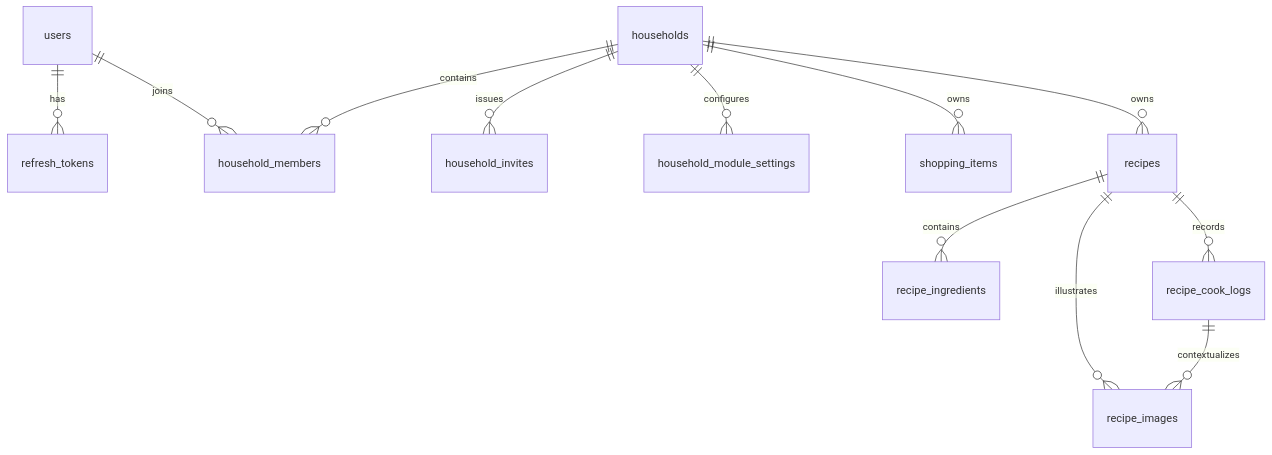
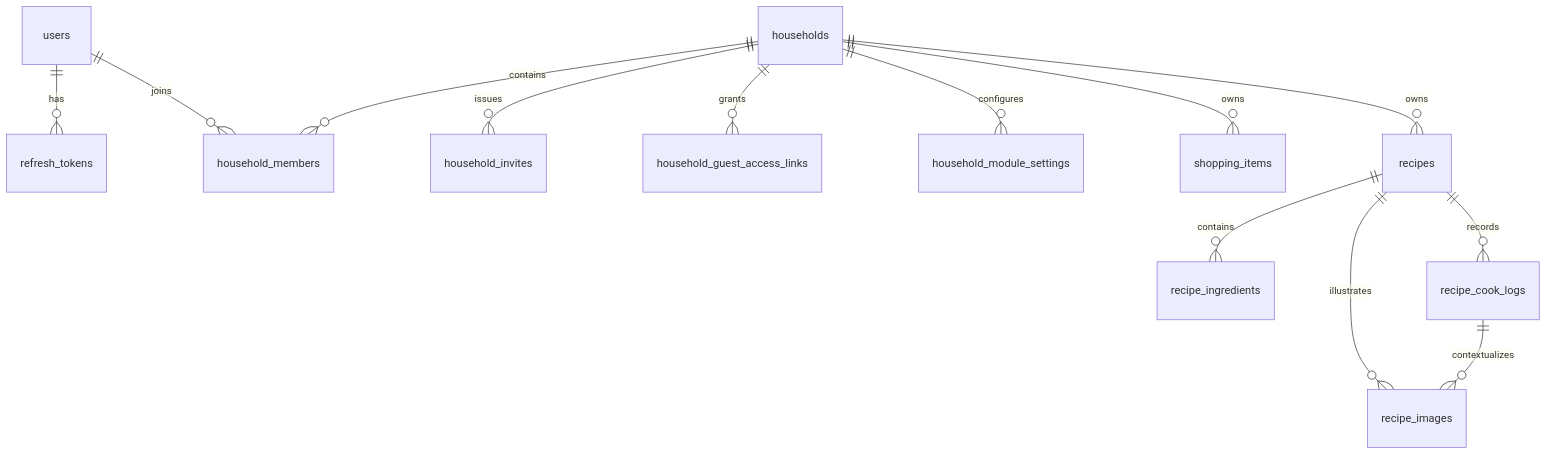
One commit to arturchichorro/home-hub changed the diagram in docs/data-model.md. Above: the diagram before and after it, drawn with Mermaid. The commit also changed other lines of this file and 19 other files, not shown here.

Commit message:
feat(guest-access): add owner QR management and hostname configuration

````diff
--- a/docs/data-model.md
+++ b/docs/data-model.md
@@ -21,14 +21,15 @@
 ```mermaid
 erDiagram
   users ||--o{ refresh_tokens : has
   users ||--o{ household_members : joins
   households ||--o{ household_members : contains
   households ||--o{ household_invites : issues
+  households ||--o{ household_guest_access_links : grants
   households ||--o{ household_module_settings : configures
   households ||--o{ shopping_items : owns
   households ||--o{ recipes : owns
   recipes ||--o{ recipe_ingredients : contains
   recipes ||--o{ recipe_cook_logs : records
   recipes ||--o{ recipe_images : illustrates
   recipe_cook_logs ||--o{ recipe_images : contextualizes
 ```
````
